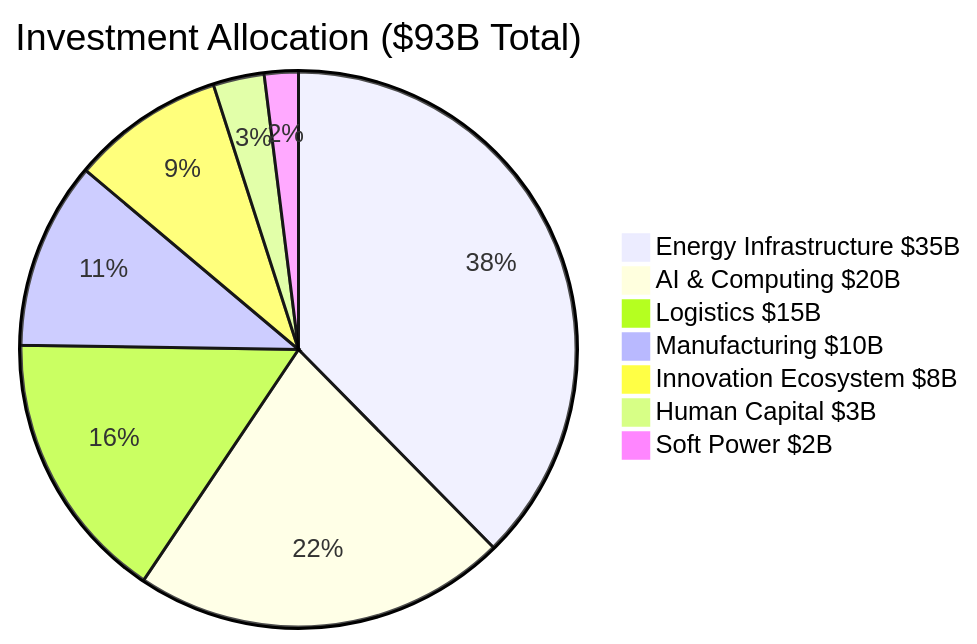
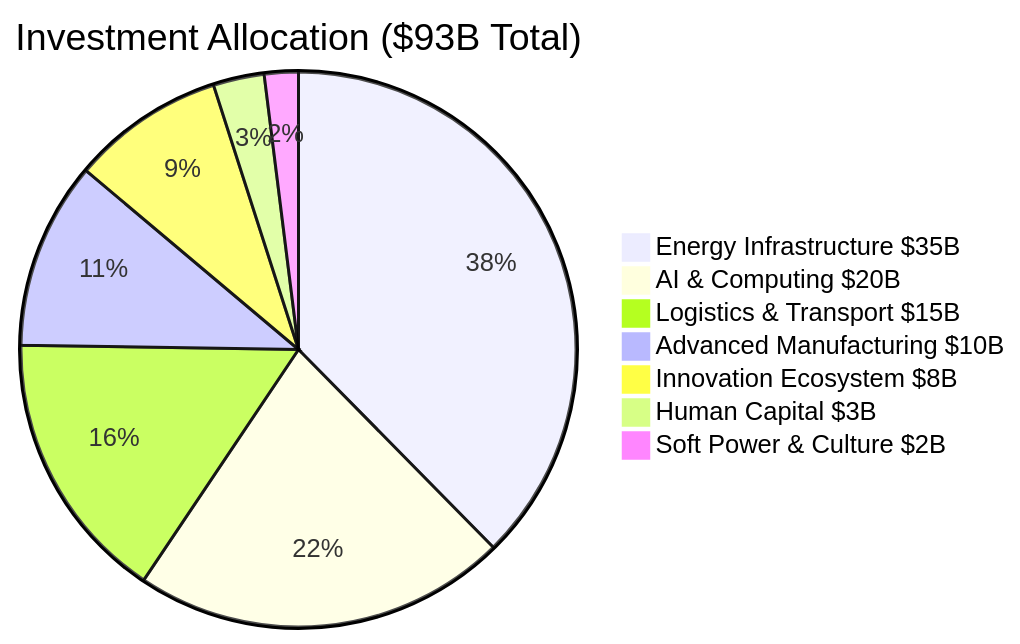
Before and after one commit to MRCORD/Peru2040: the first of 12 diagrams in docs/financial/investment-model.md, drawn with Mermaid. The commit also changed other lines of this file and 7 other files, not shown here.

````diff
--- a/docs/financial/investment-model.md
+++ b/docs/financial/investment-model.md
@@ -11,10 +11,10 @@
 ```mermaid
 pie title Investment Allocation ($93B Total)
     "Energy Infrastructure $35B" : 38
     "AI & Computing $20B" : 22
-    "Logistics $15B" : 16
-    "Manufacturing $10B" : 11
+    "Logistics & Transport $15B" : 16
+    "Advanced Manufacturing $10B" : 11
     "Innovation Ecosystem $8B" : 9
     "Human Capital $3B" : 3
-    "Soft Power $2B" : 2
+    "Soft Power & Culture $2B" : 2
 ```
````
